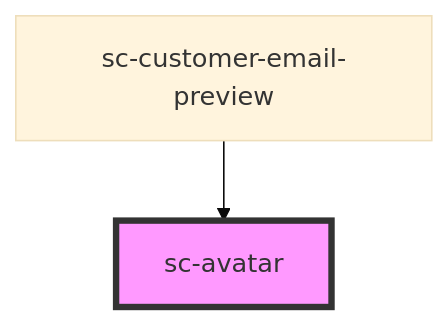
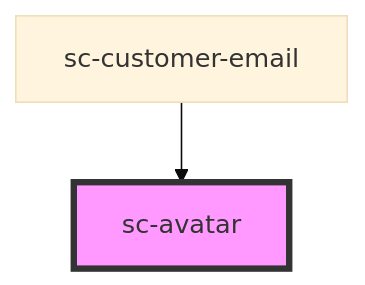
Before and after one commit to surecart/surecart-wp-plugin: the diagram in packages/components/src/components/ui/sc-avatar/readme.md, drawn with Mermaid (base theme). The commit also changed other lines of this file and 17 other files, not shown here.

````diff
--- a/packages/components/src/components/ui/sc-avatar/readme.md
+++ b/packages/components/src/components/ui/sc-avatar/readme.md
@@ -36,5 +36,5 @@
 ```mermaid
 graph TD;
-  sc-customer-email-preview --> sc-avatar
+  sc-customer-email --> sc-avatar
   style sc-avatar fill:#f9f,stroke:#333,stroke-width:4px
 ```
````
